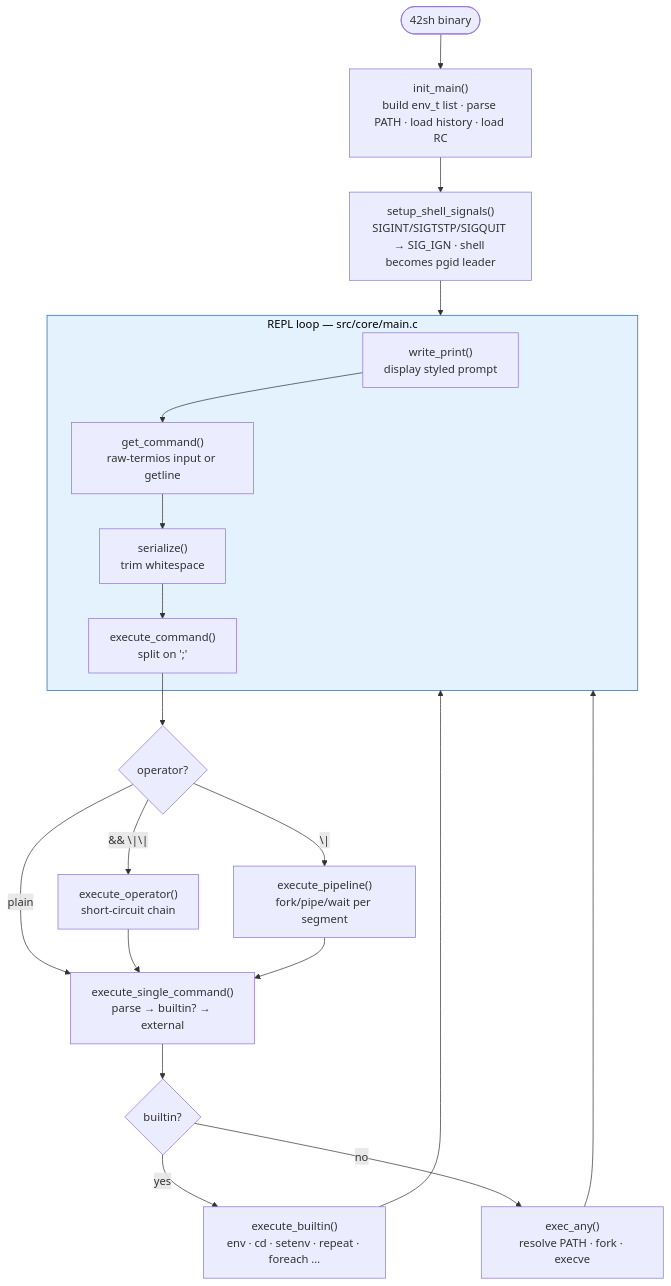
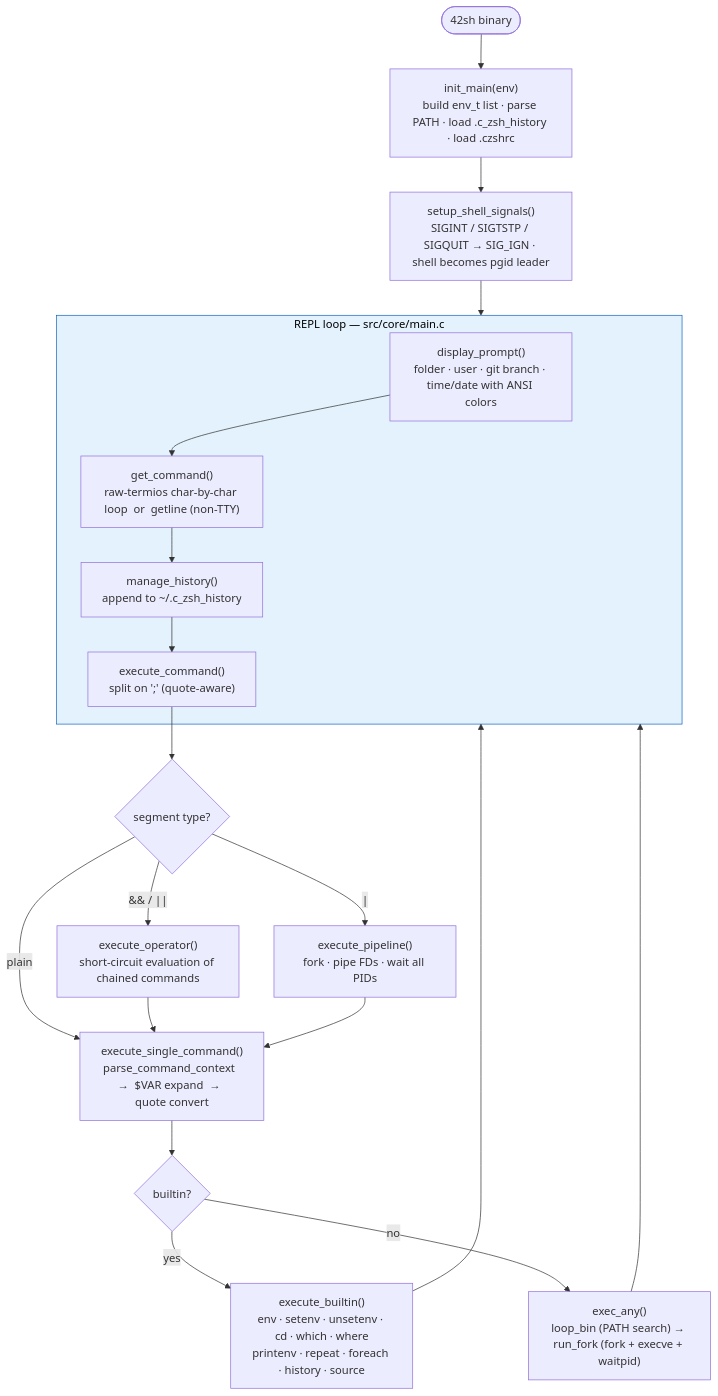
One commit to OpenCz/42sh changed the diagram in README.md. Above: the diagram before and after it, drawn with Mermaid.

Commit message:
feat: update README flowchart for improved clarity on shell initialization and REPL process

````diff
--- a/README.md
+++ b/README.md
@@ -30,28 +30,29 @@
 ```mermaid
 flowchart TD
-    A([42sh binary]) --> B["init_main()\nbuild env_t list · parse PATH · load history · load RC"]
-    B --> C["setup_shell_signals()\nSIGINT/SIGTSTP/SIGQUIT → SIG_IGN · shell becomes pgid leader"]
-    C --> REPL
+    START([42sh binary]) --> INIT["init_main(env)\nbuild env_t list · parse PATH · load .c_zsh_history · load .czshrc"]
+    INIT --> SIGS["setup_shell_signals()\nSIGINT / SIGTSTP / SIGQUIT → SIG_IGN · shell becomes pgid leader"]
+    SIGS --> REPL
 
     subgraph REPL ["REPL loop  —  src/core/main.c"]
-        D["write_print()\ndisplay styled prompt"] --> E["get_command()\nraw-termios input or getline"]
-        E --> F["serialize()\ntrim whitespace"]
-        F --> G["execute_command()\nsplit on ';'"]
+        PROMPT["display_prompt()\nfolder · user · git branch · time/date with ANSI colors"] --> INPUT["get_command()\nraw-termios char-by-char loop  or  getline (non-TTY)"]
+        INPUT --> HIST["manage_history()\nappend to ~/.c_zsh_history"]
+        HIST --> EXEC["execute_command()\nsplit on ';' (quote-aware)"]
     end
 
-    G --> H{operator?}
-    H -->|"&&  \|\|"| I["execute_operator()\nshort-circuit chain"]
-    H -->|"\|"| J["execute_pipeline()\nfork/pipe/wait per segment"]
-    H -->|plain| K["execute_single_command()\nparse → builtin? → external"]
+    EXEC --> D{segment type?}
+    D -->|"&& / ||"| OP["execute_operator()\nshort-circuit evaluation of chained commands"]
+    D -->|"|"| PIPE["execute_pipeline()\nfork · pipe FDs · wait all PIDs"]
+    D -->|plain| SINGLE["execute_single_command()\nparse_command_context  →  $VAR expand  →  quote convert"]
 
-    K --> L{builtin?}
-    L -->|yes| M["execute_builtin()\nenv · cd · setenv · repeat · foreach …"]
-    L -->|no| N["exec_any()\nresolve PATH · fork · execve"]
+    OP --> SINGLE
+    PIPE --> SINGLE
 
-    I --> K
-    J --> K
-    M --> REPL
-    N --> REPL
+    SINGLE --> E{builtin?}
+    E -->|yes| BUILTIN["execute_builtin()\nenv · setenv · unsetenv · cd · which · where\nprintenv · repeat · foreach · history · source"]
+    E -->|no| EXT["exec_any()\nloop_bin (PATH search) → run_fork (fork + execve + waitpid)"]
+
+    BUILTIN --> REPL
+    EXT --> REPL
 
     style REPL fill:#e3f2fd,stroke:#1565c0,color:#000
 ```
````
